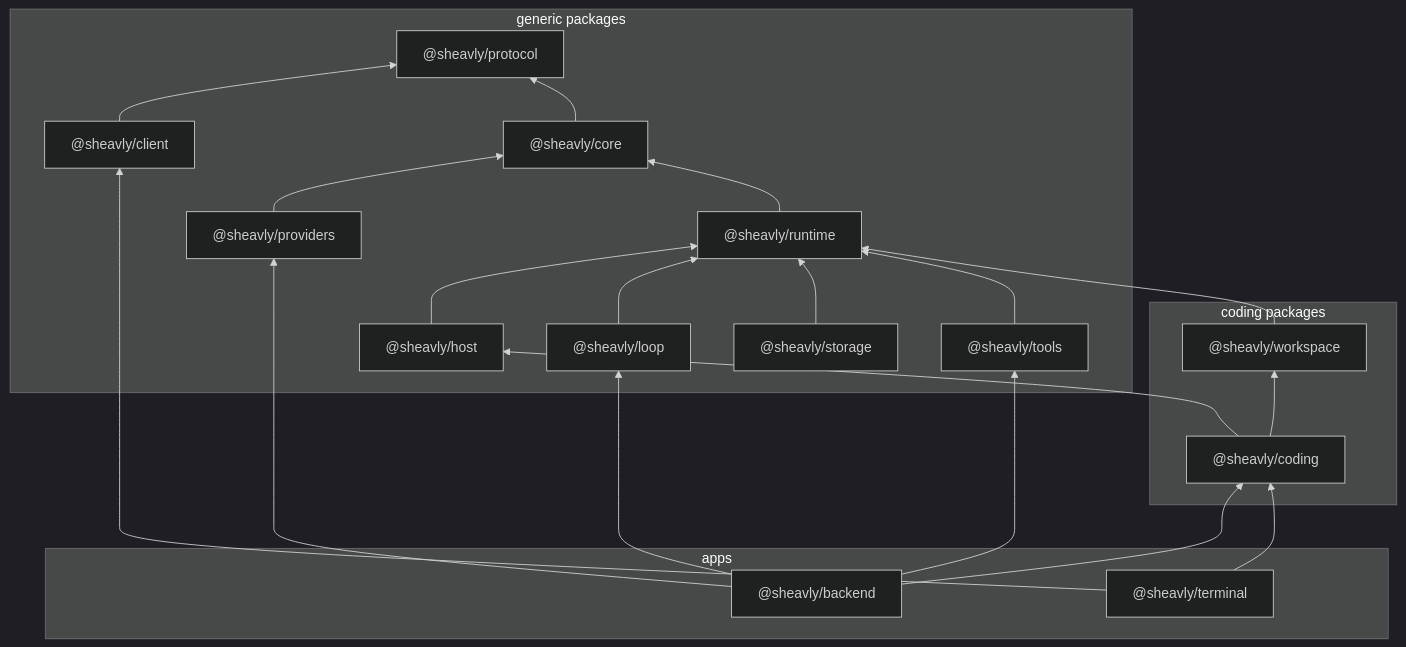
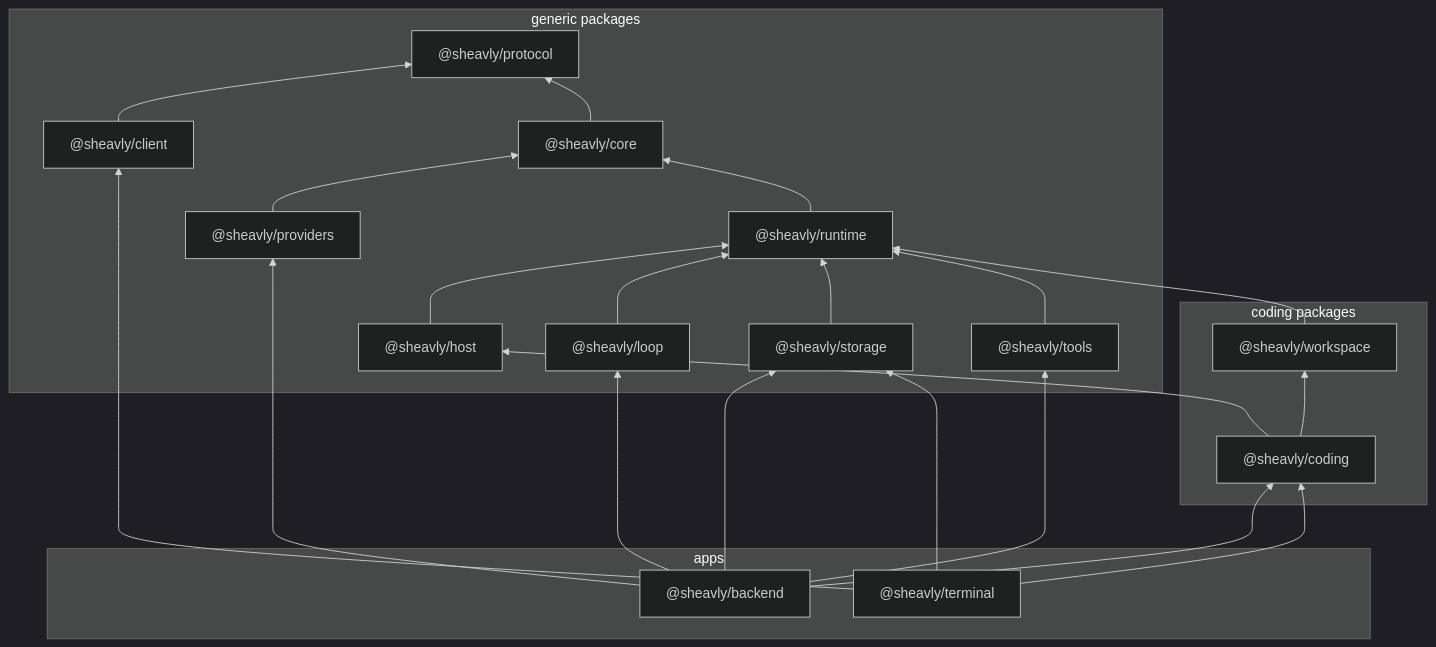
Before and after one commit to Sheavly/code: the diagram in docs/overview.md, drawn with Mermaid (dark theme). The commit also changed 18 other files, not shown here.

````diff
--- a/docs/overview.md
+++ b/docs/overview.md
@@ -35,39 +35,41 @@
 ```mermaid
 flowchart BT
   subgraph group_generic ["generic packages"]
     client["@sheavly/client"]
     core["@sheavly/core"]
     host["@sheavly/host"]
     loop["@sheavly/loop"]
     protocol["@sheavly/protocol"]
     providers["@sheavly/providers"]
     runtime["@sheavly/runtime"]
     storage["@sheavly/storage"]
     tools["@sheavly/tools"]
   end
   subgraph group_coding ["coding packages"]
     coding["@sheavly/coding"]
     workspace["@sheavly/workspace"]
   end
   subgraph group_apps ["apps"]
     backend["@sheavly/backend"]
     terminal["@sheavly/terminal"]
   end
   backend --> coding
   backend --> loop
   backend --> providers
+  backend --> storage
   backend --> tools
   client --> protocol
   coding --> host
   coding --> workspace
   core --> protocol
   host --> runtime
   loop --> runtime
   providers --> core
   runtime --> core
   storage --> runtime
   terminal --> client
   terminal --> coding
+  terminal --> storage
   tools --> runtime
   workspace --> runtime
 ```
````
